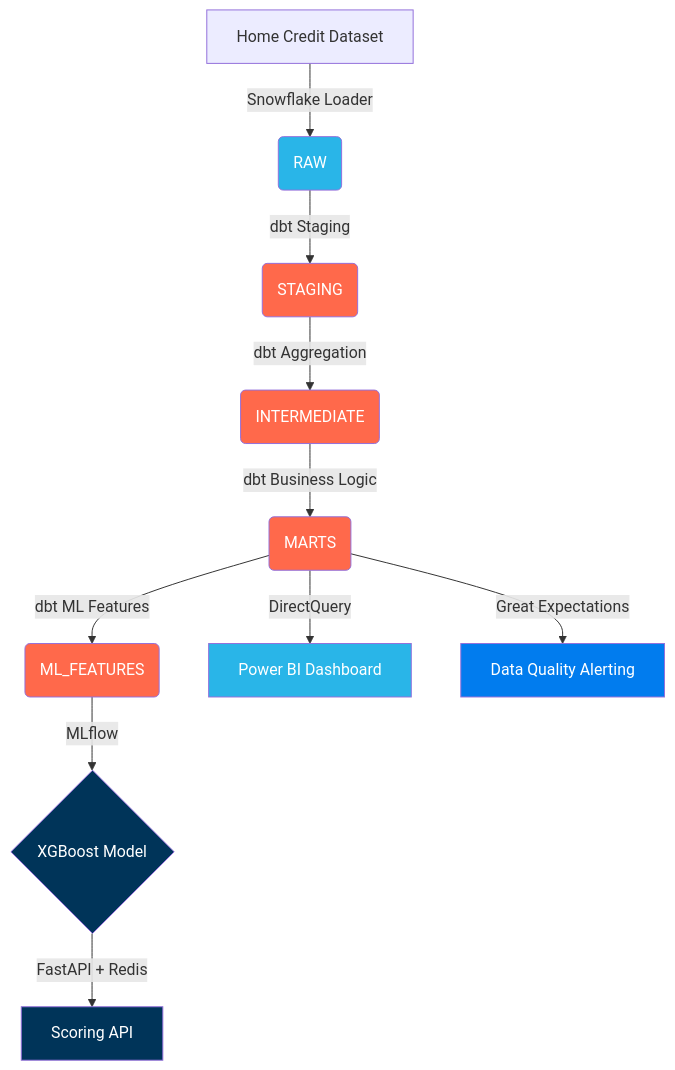
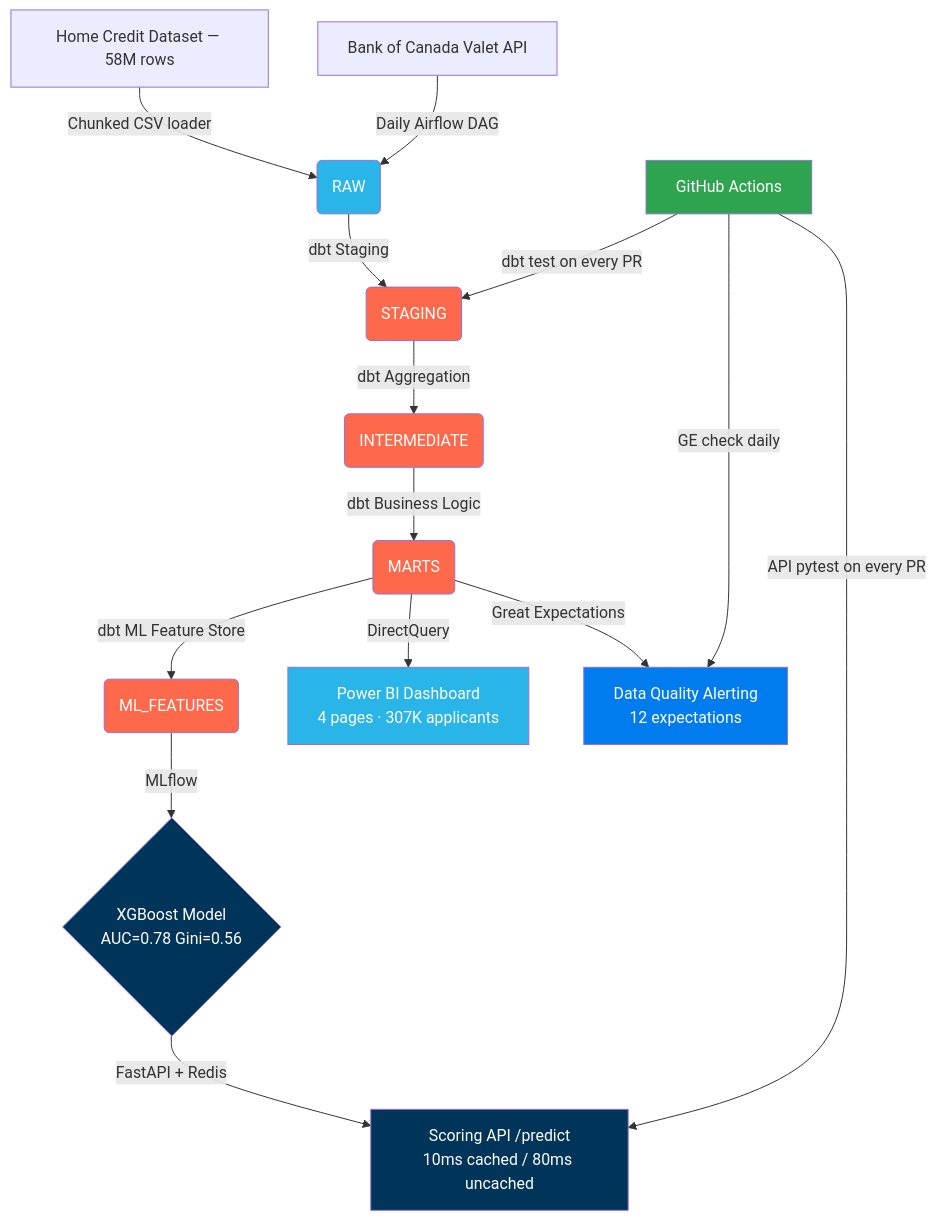
One commit to ChaitanyaThakral/CanCredit changed the diagram in README.md. Above: the diagram before and after it, drawn with Mermaid. The commit also changed other lines of this file and 7 other files, not shown here.

````diff
--- a/README.md
+++ b/README.md
@@ -13,27 +32,33 @@
 ```mermaid
 graph TD
-    A[Home Credit Dataset] -->|Snowflake Loader| B(RAW)
+    A[Home Credit Dataset — 58M rows] -->|Chunked CSV loader| B(RAW)
+    K[Bank of Canada Valet API] -->|Daily Airflow DAG| B
     B -->|dbt Staging| C(STAGING)
     C -->|dbt Aggregation| D(INTERMEDIATE)
     D -->|dbt Business Logic| E(MARTS)
-    E -->|dbt ML Features| F(ML_FEATURES)
-    F -->|MLflow| G{XGBoost Model}
-    G -->|FastAPI + Redis| H[Scoring API]
-    E -->|DirectQuery| I[Power BI Dashboard]
-    E -->|Great Expectations| J[Data Quality Alerting]
+    E -->|dbt ML Feature Store| F(ML_FEATURES)
+    F -->|MLflow| G{XGBoost Model\nAUC=0.78 Gini=0.56}
+    G -->|FastAPI + Redis| H[Scoring API /predict\n10ms cached / 80ms uncached]
+    E -->|DirectQuery| I[Power BI Dashboard\n4 pages · 307K applicants]
+    E -->|Great Expectations| J[Data Quality Alerting\n12 expectations]
+    L[GitHub Actions] -->|dbt test on every PR| C
+    L -->|API pytest on every PR| H
+    L -->|GE check daily| J
 
     classDef snowflake fill:#29B5E8,color:#fff;
     classDef dbt fill:#FF694B,color:#fff;
     classDef airflow fill:#017CEE,color:#fff;
     classDef ml fill:#003459,color:#fff;
+    classDef ci fill:#2ea44f,color:#fff;
 
     B:::snowflake
     C:::dbt
     D:::dbt
     E:::dbt
     F:::dbt
     G:::ml
     H:::ml
     I:::snowflake
     J:::airflow
+    L:::ci
 ```
````
